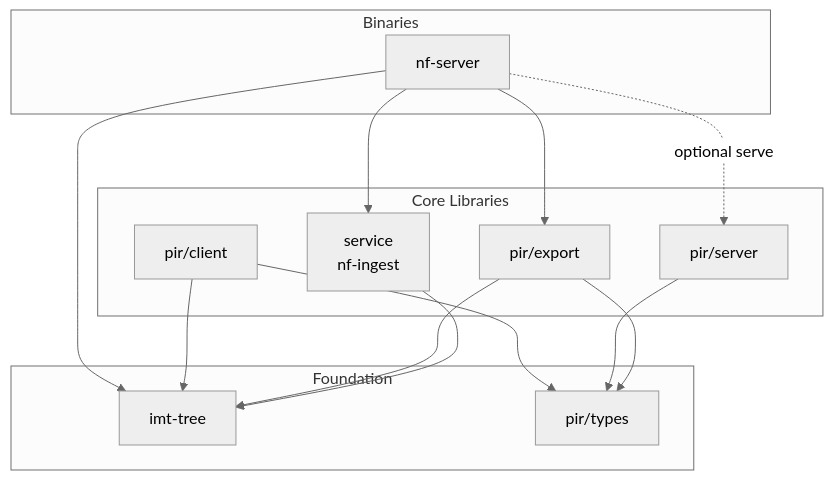
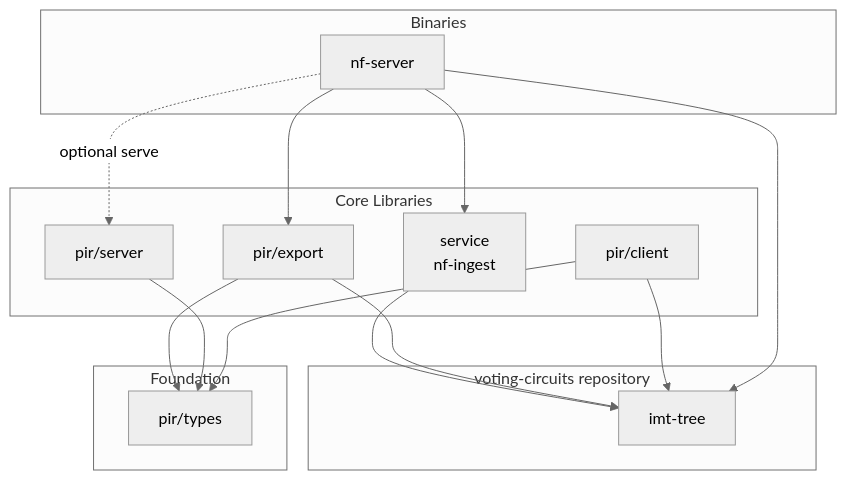
Before and after one commit to valargroup/vote-nullifier-pir: the diagram in README.md, drawn with Mermaid (neutral theme). The commit also changed other lines of this file and 16 other files, not shown here.

First line of the commit message:
Consume imt-tree from the voting-circuits repository

````diff
--- a/README.md
+++ b/README.md
@@ -13,29 +15,32 @@
 ```mermaid
 graph TD
+    subgraph external [voting-circuits repository]
+        imtTree[imt-tree]
+    end
+
     subgraph foundation [Foundation]
-        imtTree[imt-tree]
         pirTypes[pir/types]
     end
 
     subgraph core [Core Libraries]
         service[service<br/>nf-ingest]
         pirExport[pir/export]
         pirServer[pir/server]
         pirClient[pir/client]
     end
 
     subgraph binaries [Binaries]
         nfServer[nf-server]
     end
 
     service --> imtTree
     pirExport --> imtTree
     pirExport --> pirTypes
     pirServer --> pirTypes
     pirClient --> pirTypes
     pirClient --> imtTree
     nfServer --> pirExport
     nfServer --> service
     nfServer --> imtTree
     nfServer -.->|optional serve| pirServer
 ```
````
